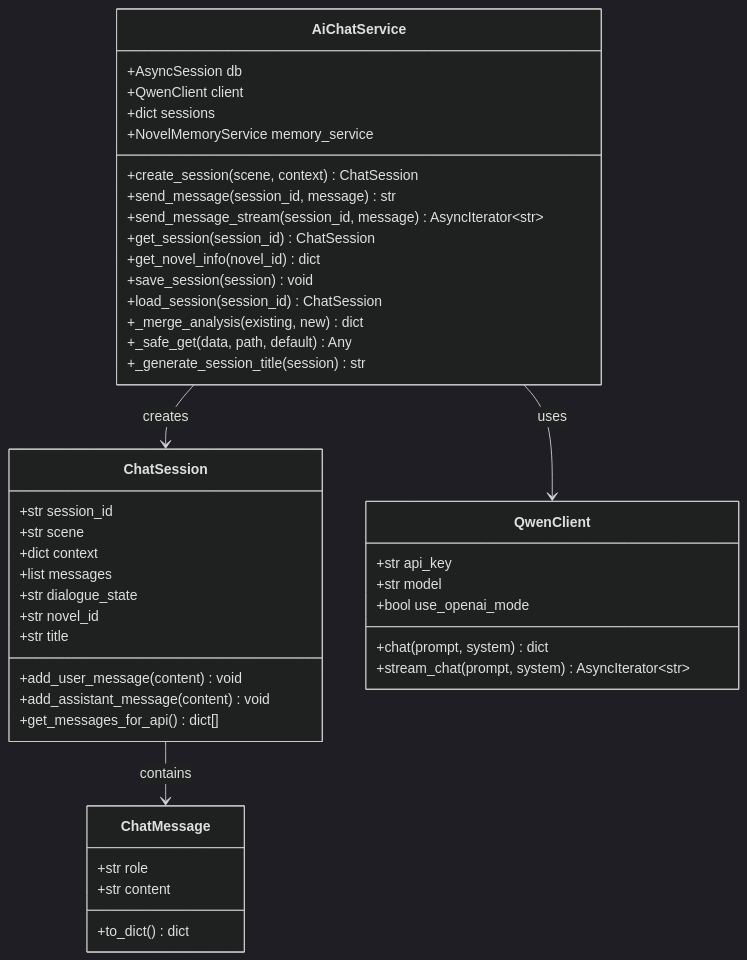
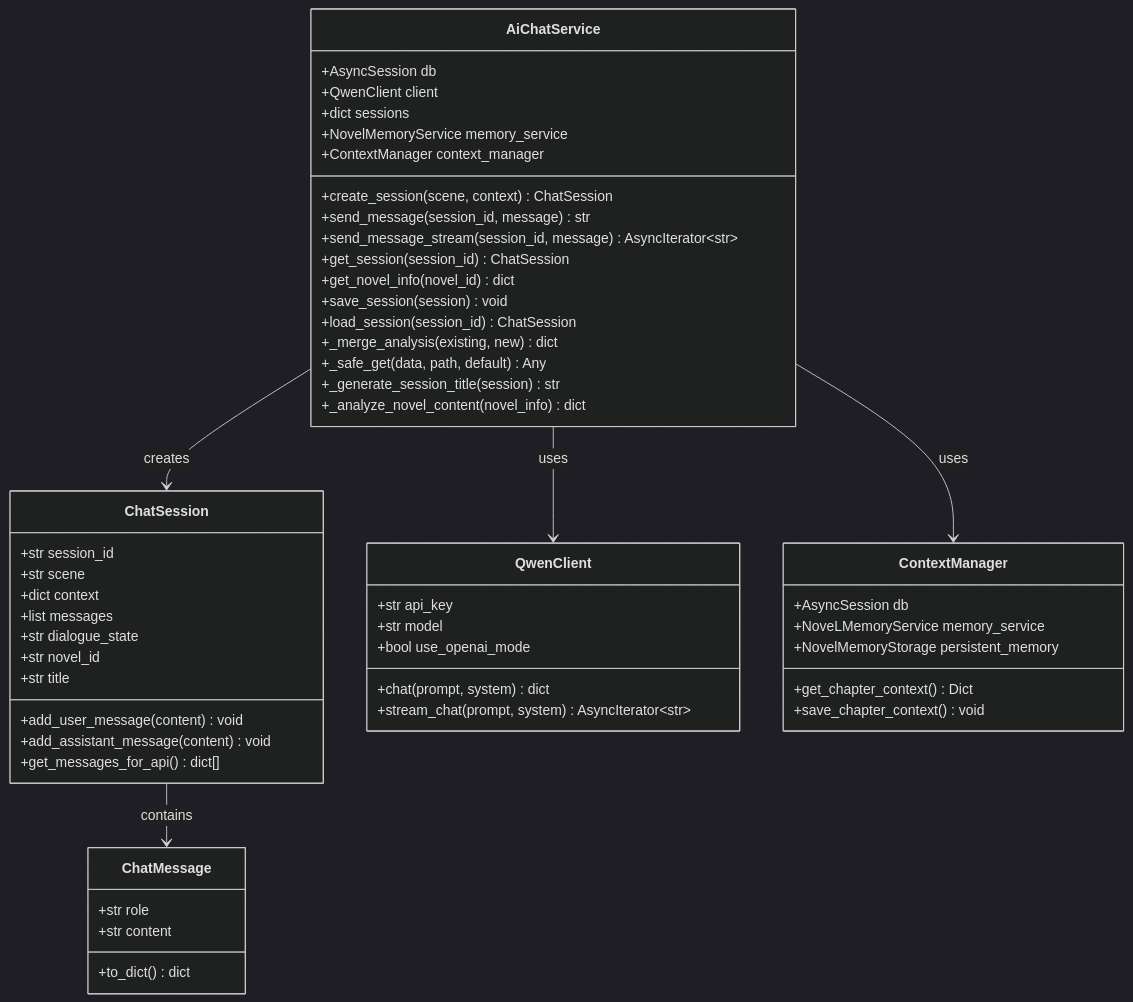
One commit to xfbyxq/ai-novel-system changed the second of 25 diagrams in .qoder/repowiki/zh/content/Ai Chat Service.md. Above: the diagram before and after it, drawn with Mermaid (dark theme). The commit also changed other lines of this file and 19 other files, not shown here.

First line of the commit message:
feat(graph): 新增图数据库完整支持与AI聊天集成

````diff
--- a/.qoder/repowiki/zh/content/Ai Chat Service.md
+++ b/.qoder/repowiki/zh/content/Ai Chat Service.md
@@ -96,46 +117,56 @@
 ```mermaid
 classDiagram
 class AiChatService {
 +AsyncSession db
 +QwenClient client
 +dict sessions
 +NovelMemoryService memory_service
++ContextManager context_manager
 +create_session(scene, context) ChatSession
 +send_message(session_id, message) str
 +send_message_stream(session_id, message) AsyncIterator~str~
 +get_session(session_id) ChatSession
 +get_novel_info(novel_id) dict
 +save_session(session) void
 +load_session(session_id) ChatSession
 +_merge_analysis(existing, new) dict
 +_safe_get(data, path, default) Any
 +_generate_session_title(session) str
++_analyze_novel_content(novel_info) dict
 }
 class ChatSession {
 +str session_id
 +str scene
 +dict context
 +list messages
 +str dialogue_state
 +str novel_id
 +str title
 +add_user_message(content) void
 +add_assistant_message(content) void
 +get_messages_for_api() dict[]
 }
 class ChatMessage {
 +str role
 +str content
 +to_dict() dict
 }
 class QwenClient {
 +str api_key
 +str model
 +bool use_openai_mode
 +chat(prompt, system) dict
 +stream_chat(prompt, system) AsyncIterator~str~
 }
+class ContextManager {
++AsyncSession db
++NoveLMemoryService memory_service
++NovelMemoryStorage persistent_memory
++get_chapter_context() Dict
++save_chapter_context() void
+}
 AiChatService --> ChatSession : creates
 AiChatService --> QwenClient : uses
+AiChatService --> ContextManager : uses
 ChatSession --> ChatMessage : contains
 ```
````
